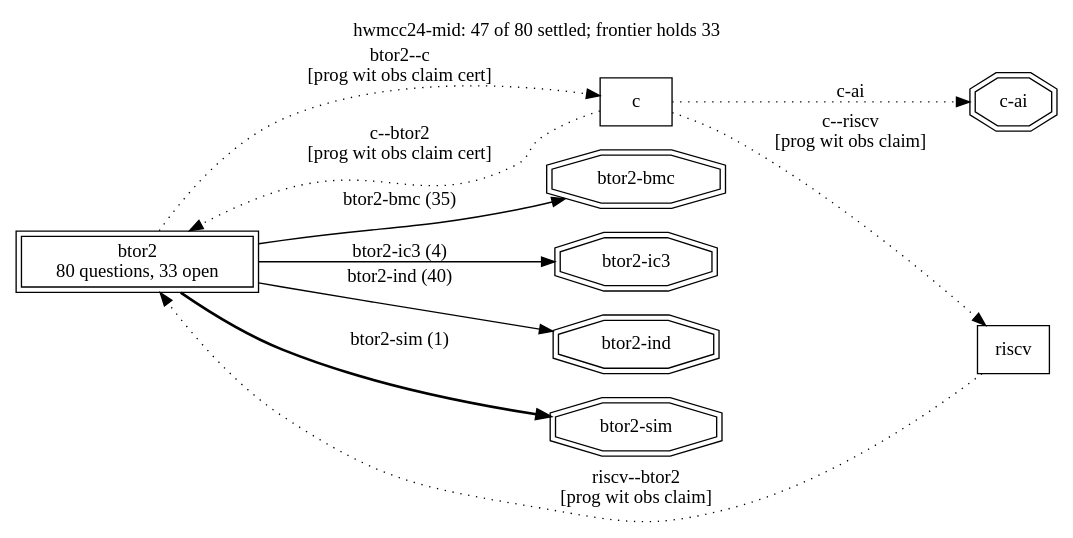
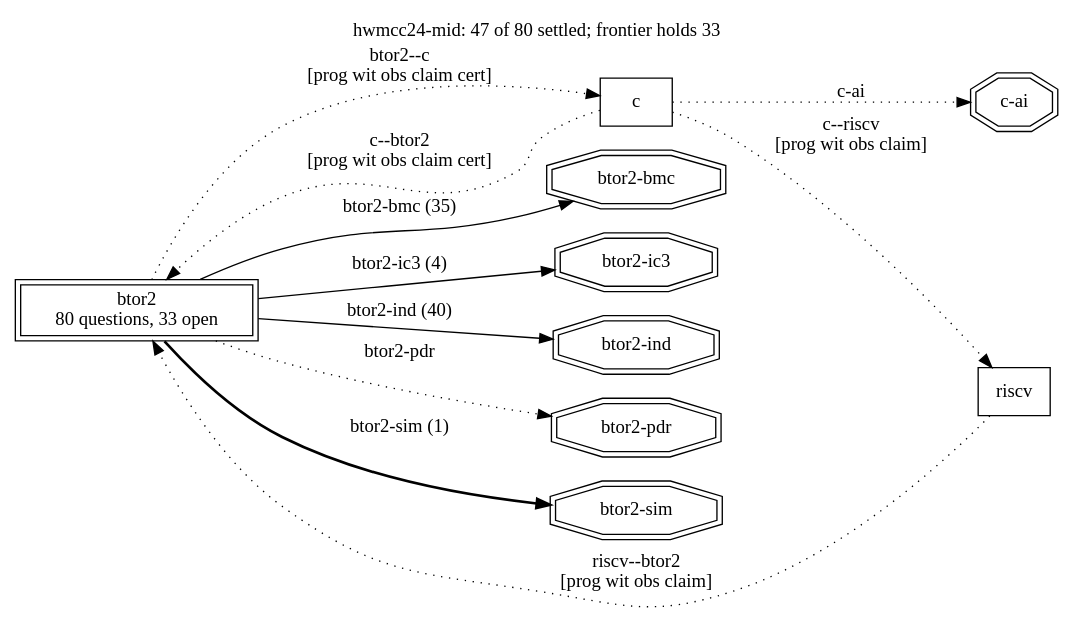
Before and after one commit to cksystemsgroup/hurdy-gurdy: the diagram in runs/hwmcc24-mid/frontier.dot, drawn with Graphviz. The commit also changed 87 other files, not shown here.

```diff
--- a/runs/hwmcc24-mid/frontier.dot
+++ b/runs/hwmcc24-mid/frontier.dot
@@ -1,22 +1,24 @@
 digraph "hwmcc24-mid" {
   rankdir=LR; labelloc=t;
   label="hwmcc24-mid: 47 of 80 settled; frontier holds 33";
   node [shape=box];
   "btor2" [peripheries=2, label="btor2\n80 questions, 33 open"];
   "c";
   "riscv";
   "btor2" -> "c" [style=dotted, label="btor2--c\n[prog wit obs claim cert]"];
   "c" -> "btor2" [style=dotted, label="c--btor2\n[prog wit obs claim cert]"];
   "c" -> "riscv" [style=dotted, label="c--riscv\n[prog wit obs claim]"];
   "riscv" -> "btor2" [style=dotted, label="riscv--btor2\n[prog wit obs claim]"];
   "search:btor2-bmc" [shape=doubleoctagon, label="btor2-bmc"];
   "btor2" -> "search:btor2-bmc" [style=solid, label="btor2-bmc (35)"];
   "search:btor2-ic3" [shape=doubleoctagon, label="btor2-ic3"];
   "btor2" -> "search:btor2-ic3" [style=solid, label="btor2-ic3 (4)"];
   "search:btor2-ind" [shape=doubleoctagon, label="btor2-ind"];
   "btor2" -> "search:btor2-ind" [style=solid, label="btor2-ind (40)"];
+  "search:btor2-pdr" [shape=doubleoctagon, label="btor2-pdr"];
+  "btor2" -> "search:btor2-pdr" [style=dotted, label="btor2-pdr"];
   "search:btor2-sim" [shape=doubleoctagon, label="btor2-sim"];
   "btor2" -> "search:btor2-sim" [style=bold, label="btor2-sim (1)"];
   "search:c-ai" [shape=doubleoctagon, label="c-ai"];
   "c" -> "search:c-ai" [style=dotted, label="c-ai"];
 }
```
